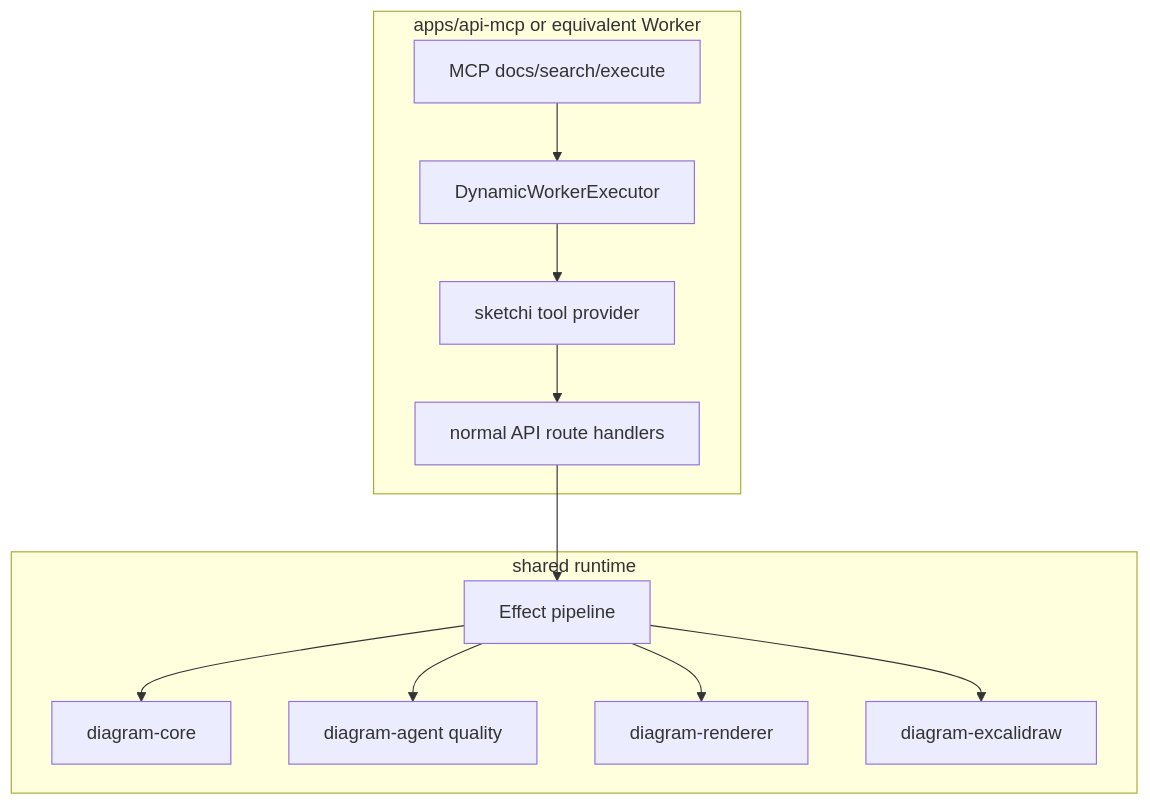
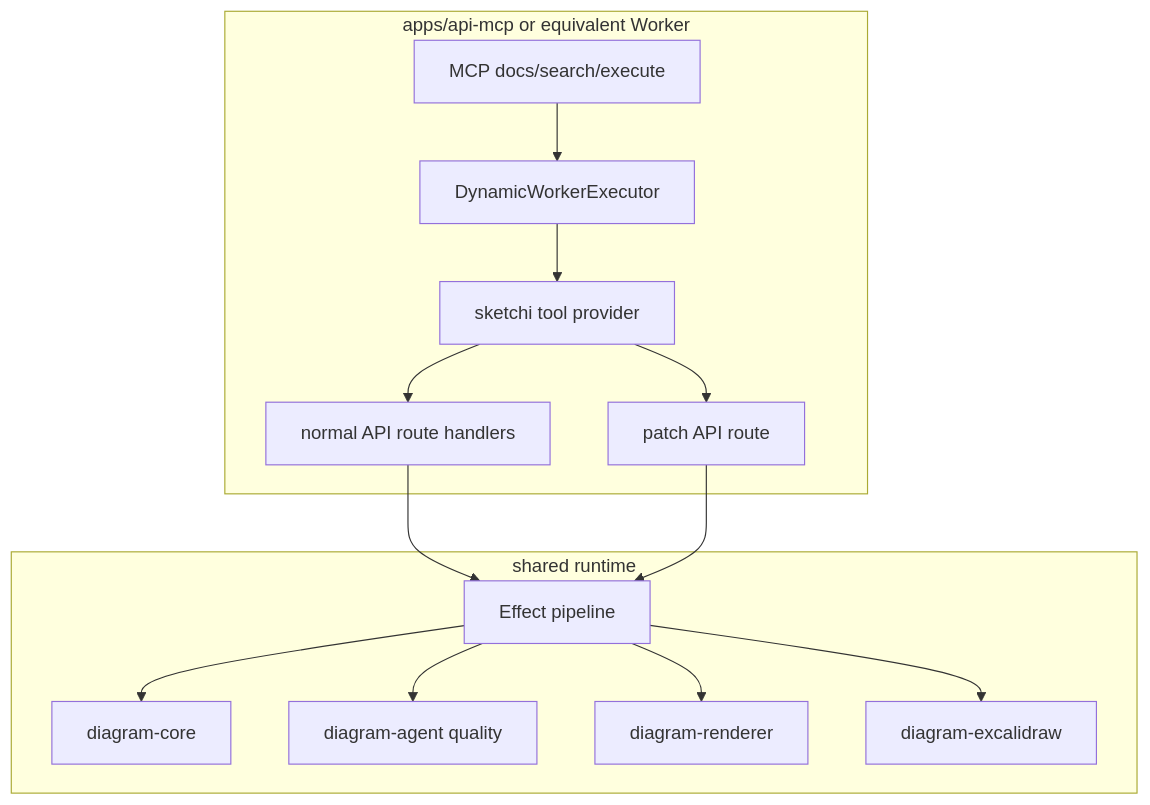
Before and after one commit to anand-testcompare/sketchi-v2-lab: diagram 15 of 17 in docs/mcp-tool-catalog.md, drawn with Mermaid. The commit also changed other lines of this file, not shown here.

Commit message:
docs: add diagram patch contract (#30)

````diff
--- a/docs/mcp-tool-catalog.md
+++ b/docs/mcp-tool-catalog.md
@@ -747,26 +1051,29 @@
 ```mermaid
 flowchart TB
   subgraph App["apps/api-mcp or equivalent Worker"]
     M["MCP docs/search/execute"]
     D["DynamicWorkerExecutor"]
     T["sketchi tool provider"]
     R["normal API route handlers"]
+    P["patch API route"]
   end
 
   subgraph Runtime["shared runtime"]
     E["Effect pipeline"]
     C["diagram-core"]
     G["diagram-agent quality"]
     Render["diagram-renderer"]
     X["diagram-excalidraw"]
   end
 
   M --> D
   D --> T
   T --> R
+  T --> P
   R --> E
+  P --> E
   E --> C
   E --> G
   E --> Render
   E --> X
 ```
````
